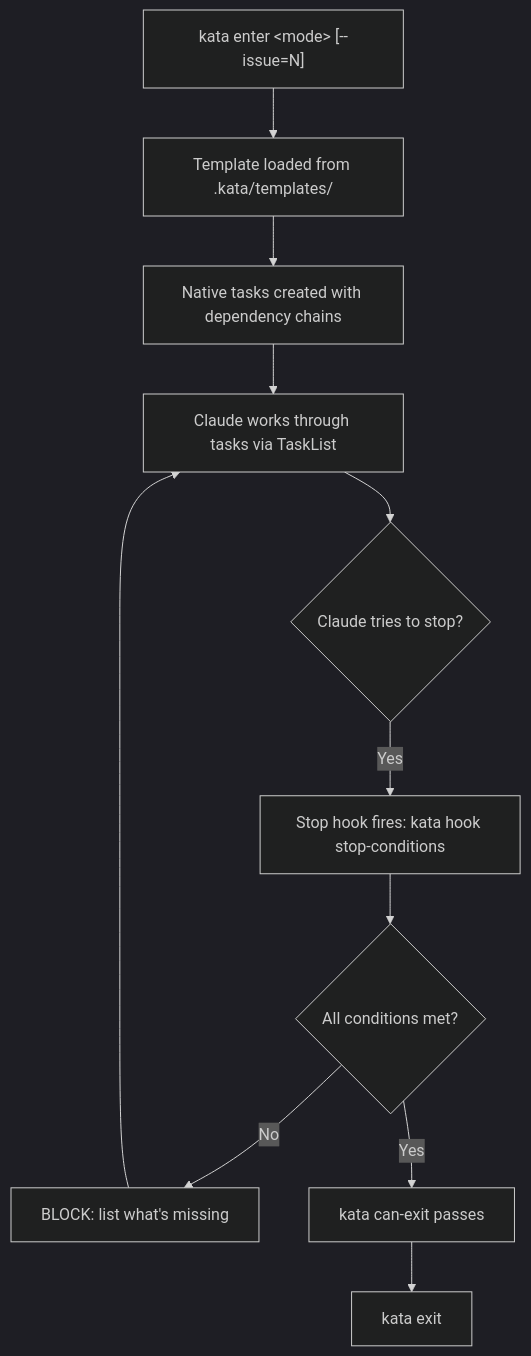
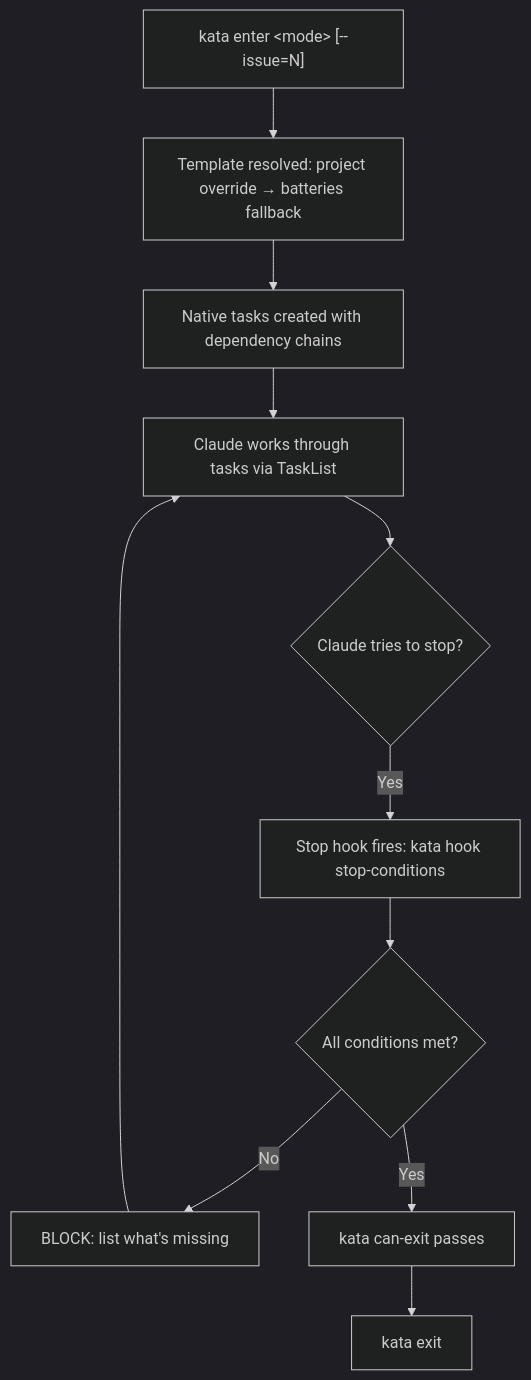
One commit to codevibesmatter/kata changed the first of 3 diagrams in README.md. Above: the diagram before and after it, drawn with Mermaid (dark theme). The commit also changed other lines of this file and 1 other file, not shown here.

````diff
--- a/README.md
+++ b/README.md
@@ -136,13 +136,13 @@
 ```mermaid
 flowchart TD
-    A["kata enter &lt;mode&gt; [--issue=N]"] --> B[Template loaded from .kata/templates/]
+    A["kata enter &lt;mode&gt; [--issue=N]"] --> B[Template resolved: project override → batteries fallback]
     B --> C[Native tasks created with dependency chains]
     C --> D[Claude works through tasks via TaskList]
     D --> E{Claude tries to stop?}
     E -- Yes --> F[Stop hook fires: kata hook stop-conditions]
     F --> G{All conditions met?}
     G -- No --> H[BLOCK: list what's missing]
     H --> D
     G -- Yes --> I[kata can-exit passes]
     I --> J[kata exit]
 ```
````
